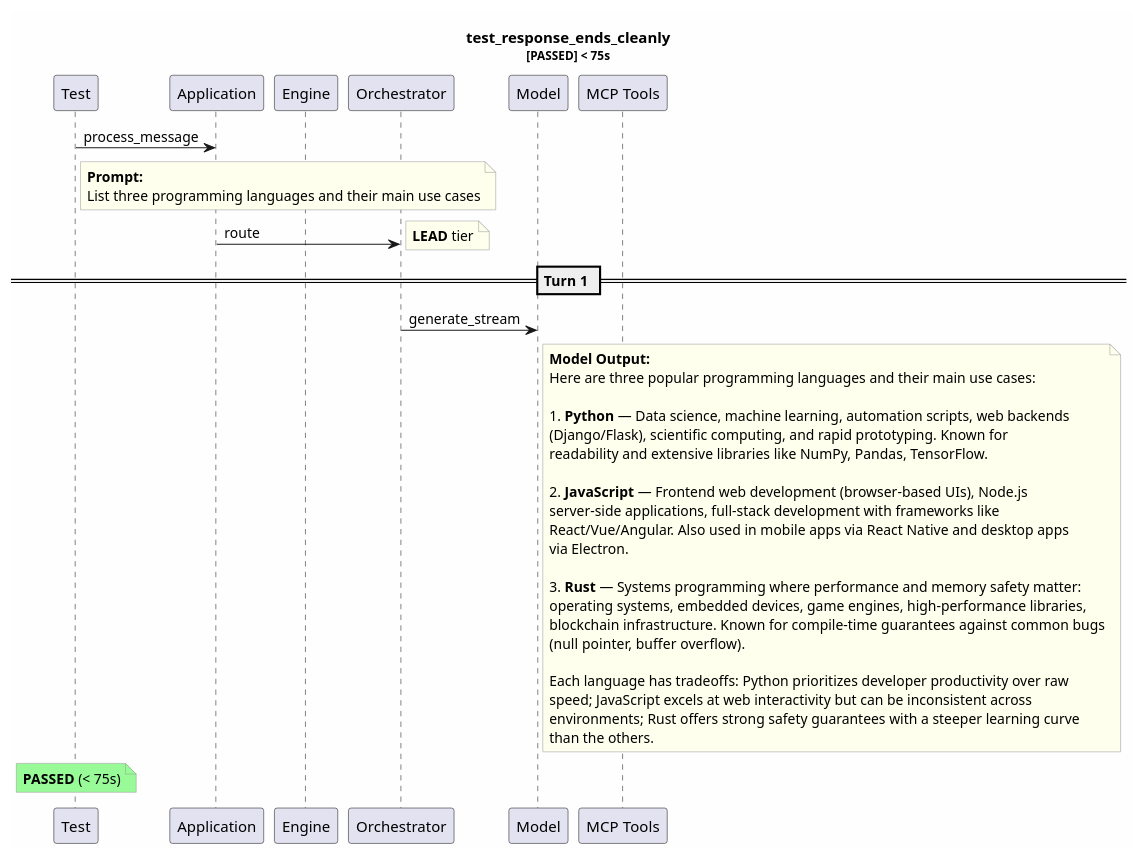
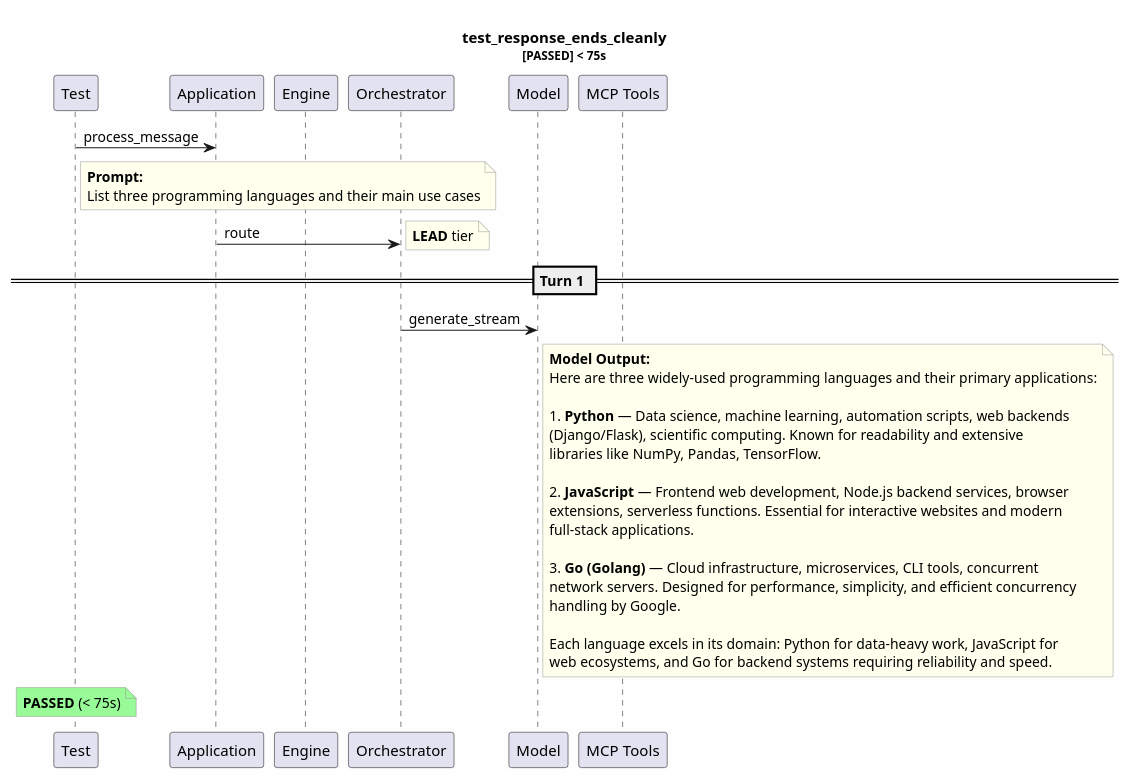
One commit to tvanfossen/entropic changed the diagram in test-reports/logs/test_response_ends_cleanly/test_response_ends_cleanly.puml. Above: the diagram before and after it, drawn with PlantUML. The commit also changed 27 other files, not shown here.

```diff
--- a/test-reports/logs/test_response_ends_cleanly/test_response_ends_cleanly.puml
+++ b/test-reports/logs/test_response_ends_cleanly/test_response_ends_cleanly.puml
@@ -1,50 +1,46 @@
 @startuml
 skinparam backgroundColor #FEFEFE
 skinparam noteBorderColor #999999
 skinparam noteBackgroundColor #FFFFEE
 title test_response_ends_cleanly\n<size:11>[PASSED] < 75s</size>
 
 participant "Test" as T
 participant "Application" as App
 participant "Engine" as Eng
 participant "Orchestrator" as Orch
 participant "Model" as Mdl
 participant "MCP Tools" as MCP
 
 T -> App: process_message
 note right of T
   **Prompt:**
   List three programming languages and their main use cases
 end note
 App -> Orch: route
 note right: **LEAD** tier
 == Turn 1 ==
 Orch -> Mdl: generate_stream
 note right of Mdl
   **Model Output:**
-  Here are three popular programming languages and their main use cases:
+  Here are three widely-used programming languages and their primary applications:
   
   1. **Python** — Data science, machine learning, automation scripts, web backends
-  (Django/Flask), scientific computing, and rapid prototyping. Known for 
-  readability and extensive libraries like NumPy, Pandas, TensorFlow.
+  (Django/Flask), scientific computing. Known for readability and extensive 
+  libraries like NumPy, Pandas, TensorFlow.
   
-  2. **JavaScript** — Frontend web development (browser-based UIs), Node.js 
-  server-side applications, full-stack development with frameworks like 
-  React/Vue/Angular. Also used in mobile apps via React Native and desktop apps 
-  via Electron.
+  2. **JavaScript** — Frontend web development, Node.js backend services, browser 
+  extensions, serverless functions. Essential for interactive websites and modern 
+  full-stack applications.
   
-  3. **Rust** — Systems programming where performance and memory safety matter: 
-  operating systems, embedded devices, game engines, high-performance libraries, 
-  blockchain infrastructure. Known for compile-time guarantees against common bugs
-  (null pointer, buffer overflow).
+  3. **Go (Golang)** — Cloud infrastructure, microservices, CLI tools, concurrent 
+  network servers. Designed for performance, simplicity, and efficient concurrency
+  handling by Google.
   
-  Each language has tradeoffs: Python prioritizes developer productivity over raw 
-  speed; JavaScript excels at web interactivity but can be inconsistent across 
-  environments; Rust offers strong safety guarantees with a steeper learning curve
-  than the others.
+  Each language excels in its domain: Python for data-heavy work, JavaScript for 
+  web ecosystems, and Go for backend systems requiring reliability and speed.
 end note
 note over T #palegreen
   **PASSED** (< 75s)
 end note
 
 @enduml
```
